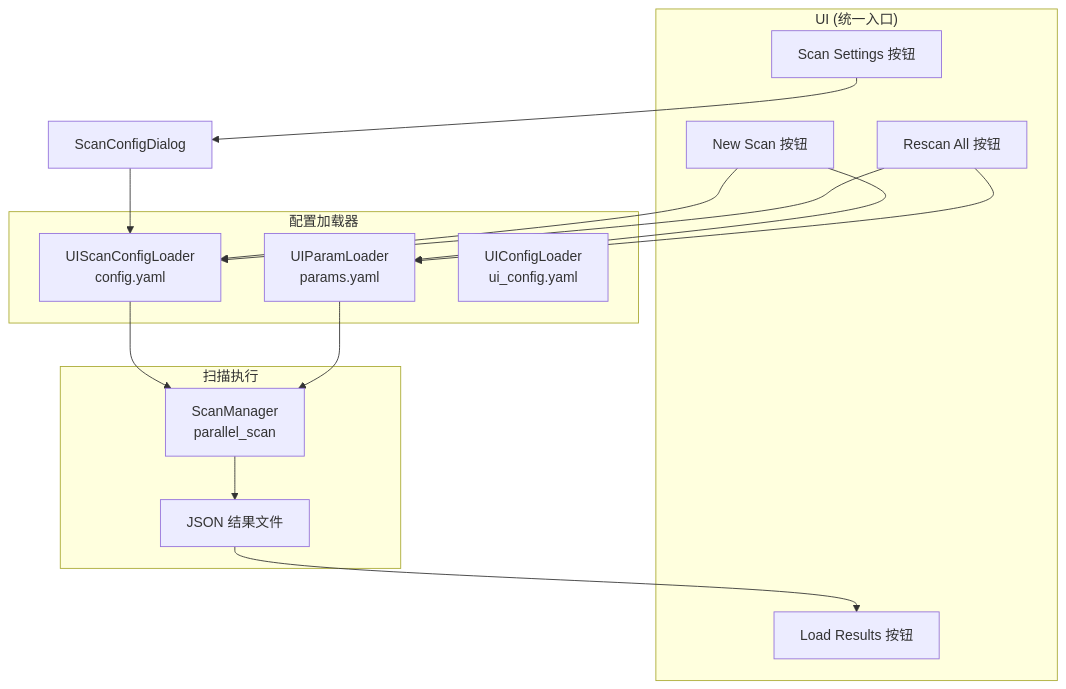
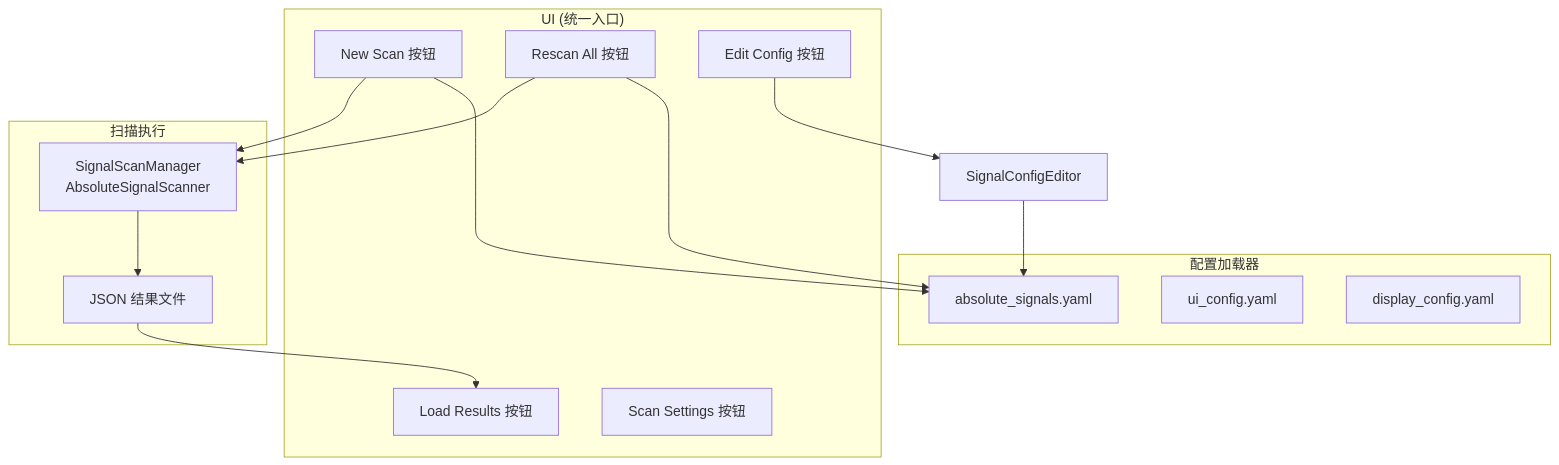
One commit to ufgtb24/Trade_Strategy changed the first of 3 diagrams in docs/modules/specs/12_交互式UI_IMPL.md. Above: the diagram before and after it, drawn with Mermaid. The commit also changed other lines of this file and 267 other files, not shown here.

````diff
--- a/docs/modules/specs/12_交互式UI_IMPL.md
+++ b/docs/modules/specs/12_交互式UI_IMPL.md
@@ -60,33 +66,32 @@
 ```mermaid
 flowchart TD
     subgraph UI["UI (统一入口)"]
         NewScan[New Scan 按钮]
         RescanAll[Rescan All 按钮]
         LoadResults[Load Results 按钮]
         ScanSettings[Scan Settings 按钮]
+        EditConfig[Edit Config 按钮]
     end
 
     subgraph ConfigLoaders["配置加载器"]
-        ScanConfigLoader[UIScanConfigLoader<br/>config.yaml]
-        ParamLoader[UIParamLoader<br/>params.yaml]
-        UIConfigLoader[UIConfigLoader<br/>ui_config.yaml]
+        SignalConfig[absolute_signals.yaml]
+        UIConfig[ui_config.yaml]
+        DisplayConfig[display_config.yaml]
     end
 
     subgraph ScanExecution["扫描执行"]
-        ScanManager[ScanManager<br/>parallel_scan]
+        ScanManager[SignalScanManager<br/>AbsoluteSignalScanner]
         JSONOutput[JSON 结果文件]
     end
 
-    NewScan --> ScanConfigLoader
-    RescanAll --> ScanConfigLoader
-    ScanSettings --> ScanConfigDialog[ScanConfigDialog]
-    ScanConfigDialog --> ScanConfigLoader
+    NewScan --> SignalConfig
+    RescanAll --> SignalConfig
+    EditConfig --> SignalConfigEditor[SignalConfigEditor]
+    SignalConfigEditor --> SignalConfig
 
-    NewScan --> ParamLoader
-    RescanAll --> ParamLoader
+    NewScan --> ScanManager
+    RescanAll --> ScanManager
 
-    ScanConfigLoader --> ScanManager
-    ParamLoader --> ScanManager
     ScanManager --> JSONOutput
     JSONOutput --> LoadResults
 ```
````
